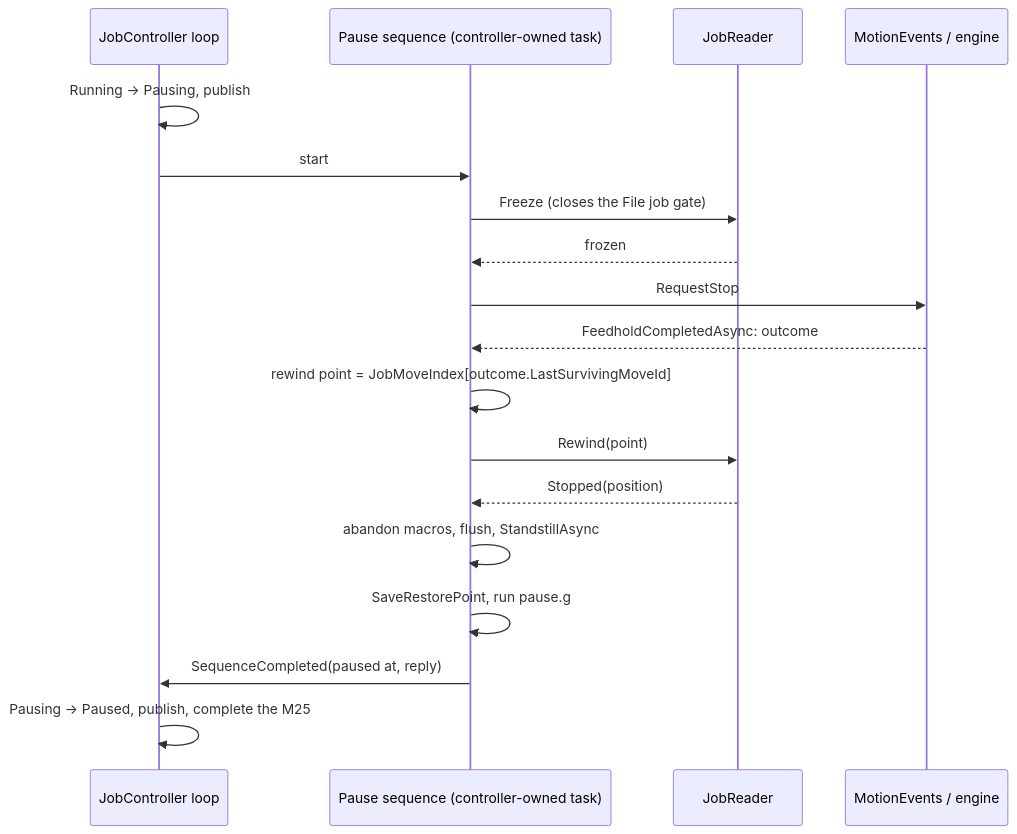
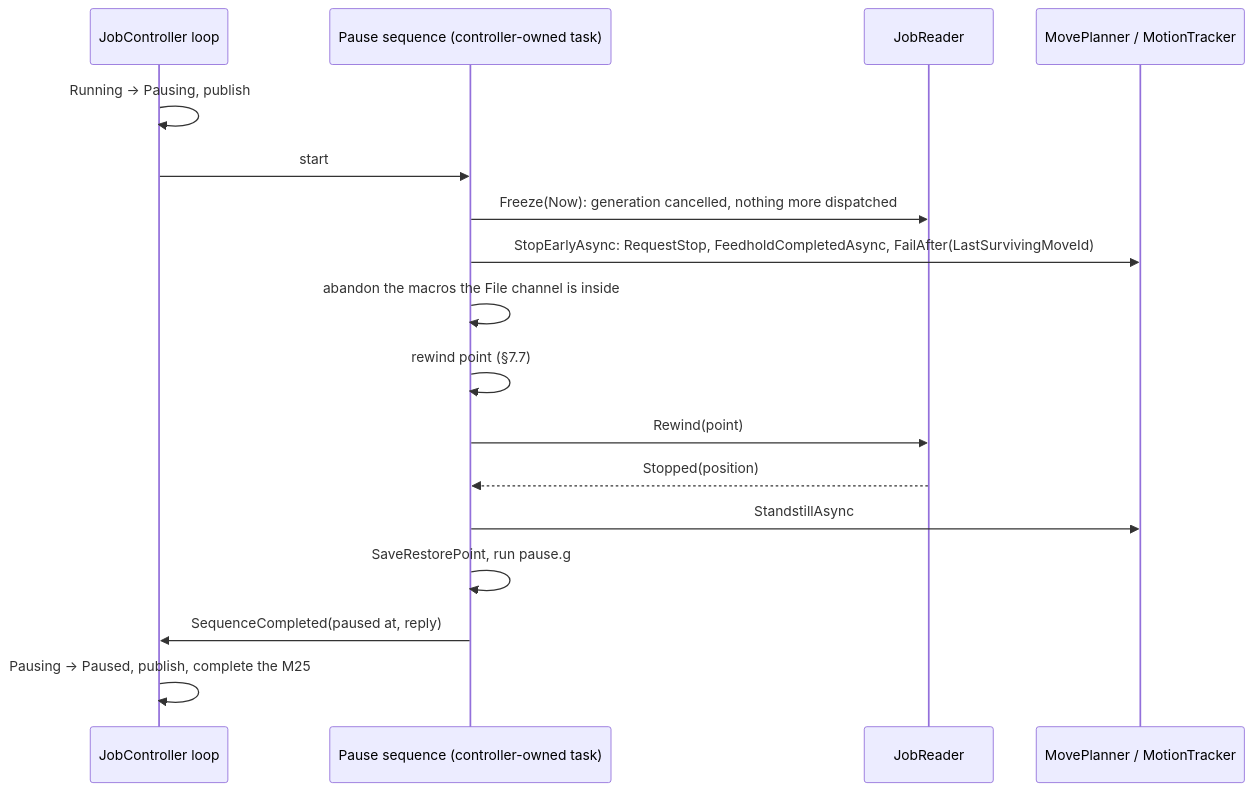
Before and after one commit to Duet3D/DuetSoftwareFramework: the fourth of 4 diagrams in docs/devel/JOB_CONTROL_CONCURRENCY.md, drawn with Mermaid. The commit also changed other lines of this file and 6 other files, not shown here.

````diff
--- a/docs/devel/JOB_CONTROL_CONCURRENCY.md
+++ b/docs/devel/JOB_CONTROL_CONCURRENCY.md
@@ -758,20 +844,19 @@
 ```mermaid
 sequenceDiagram
     participant L as JobController loop
     participant Q as Pause sequence (controller-owned task)
     participant R as JobReader
-    participant M as MotionEvents / engine
+    participant M as MovePlanner / MotionTracker
     L->>L: Running -> Pausing, publish
     L->>Q: start
-    Q->>R: Freeze (closes the File job gate)
-    R-->>Q: frozen
-    Q->>M: RequestStop
-    M-->>Q: FeedholdCompletedAsync: outcome
-    Q->>Q: rewind point = JobMoveIndex[outcome.LastSurvivingMoveId]
+    Q->>R: Freeze(Now): generation cancelled, nothing more dispatched
+    Q->>M: StopEarlyAsync: RequestStop, FeedholdCompletedAsync, FailAfter(LastSurvivingMoveId)
+    Q->>Q: abandon the macros the File channel is inside
+    Q->>Q: rewind point (§7.7)
     Q->>R: Rewind(point)
     R-->>Q: Stopped(position)
-    Q->>Q: abandon macros, flush, StandstillAsync
+    Q->>M: StandstillAsync
     Q->>Q: SaveRestorePoint, run pause.g
     Q->>L: SequenceCompleted(paused at, reply)
     L->>L: Pausing -> Paused, publish, complete the M25
 ```
````
